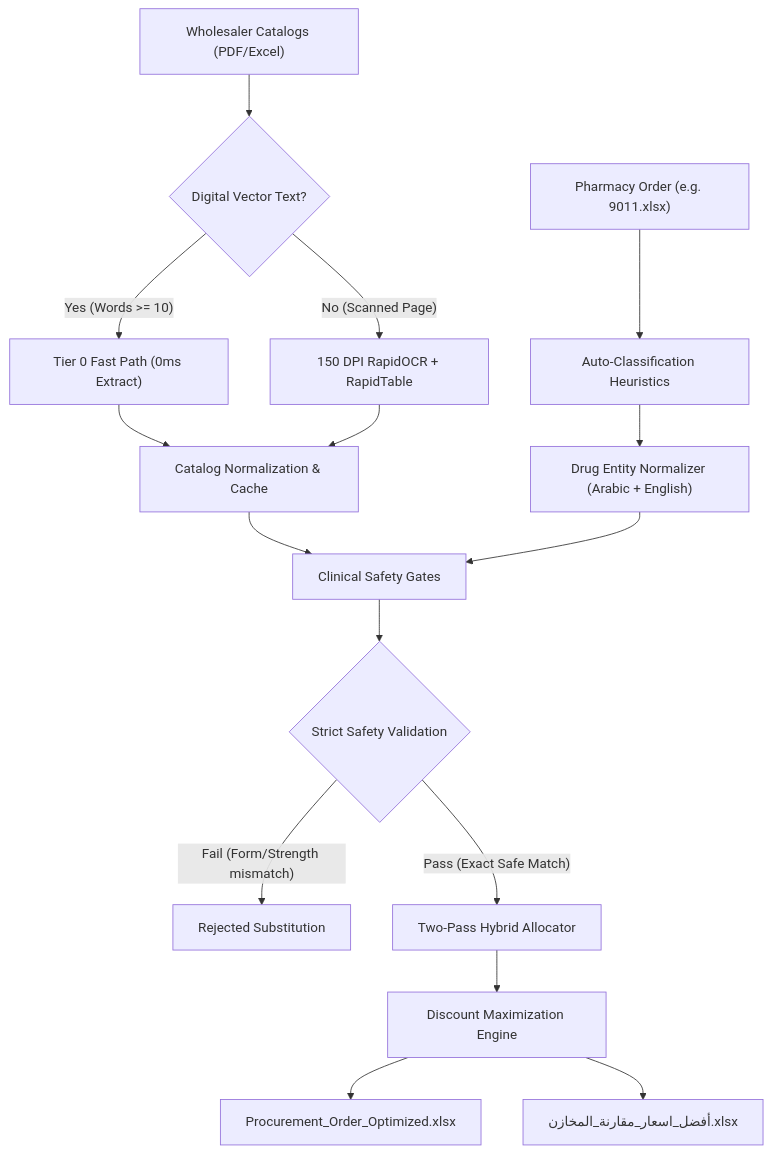
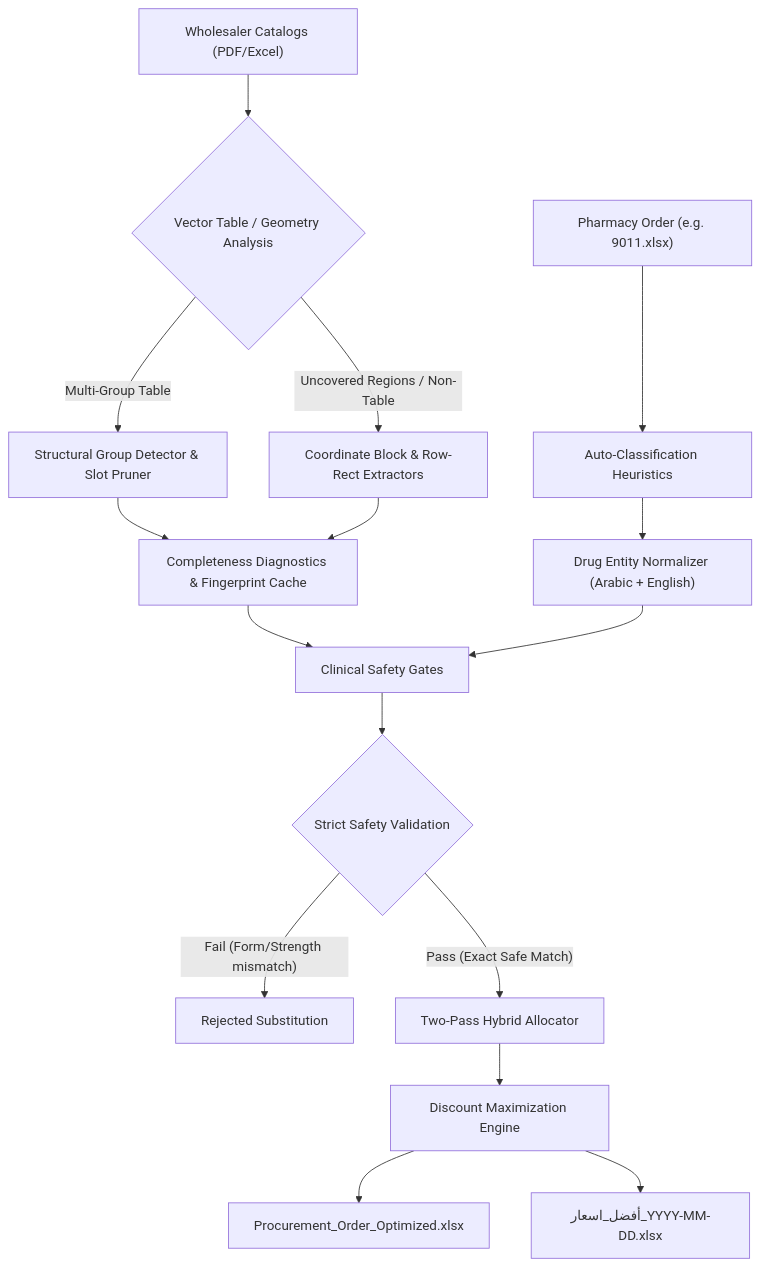
One commit to omarEldestawi/Inventory-search changed the diagram in README.md. Above: the diagram before and after it, drawn with Mermaid. The commit also changed other lines of this file and 34 other files, not shown here.

Commit message:
feat(v2.4): release Version 2.4 with multi-table extraction, headerless continuation, column swap protection, mixed-header plain numeric discount inference, consolidated partial acknowledgment dialog, and installer v2.4

````diff
--- a/README.md
+++ b/README.md
@@ -62,22 +82,22 @@
 ```mermaid
 flowchart TD
-    A["Wholesaler Catalogs (PDF/Excel)"] --> B{"Digital Vector Text?"}
-    B -- "Yes (Words >= 10)" --> C["Tier 0 Fast Path (0ms Extract)"]
-    B -- "No (Scanned Page)" --> D["150 DPI RapidOCR + RapidTable"]
-    C --> E["Catalog Normalization & Cache"]
+    A["Wholesaler Catalogs (PDF/Excel)"] --> B{"Vector Table / Geometry Analysis"}
+    B -- "Multi-Group Table" --> C["Structural Group Detector & Slot Pruner"]
+    B -- "Uncovered Regions / Non-Table" --> D["Coordinate Block & Row-Rect Extractors"]
+    C --> E["Completeness Diagnostics & Fingerprint Cache"]
     D --> E
     
     F["Pharmacy Order (e.g. 9011.xlsx)"] --> G["Auto-Classification Heuristics"]
     G --> H["Drug Entity Normalizer (Arabic + English)"]
     
     E --> I["Clinical Safety Gates"]
     H --> I
     
     I --> J{"Strict Safety Validation"}
     J -- "Fail (Form/Strength mismatch)" --> K["Rejected Substitution"]
     J -- "Pass (Exact Safe Match)" --> L["Two-Pass Hybrid Allocator"]
     
     L --> M["Discount Maximization Engine"]
     M --> N["Procurement_Order_Optimized.xlsx"]
-    M --> O["أفضل_اسعار_مقارنة_المخازن.xlsx"]
+    M --> O["أفضل_اسعار_YYYY-MM-DD.xlsx"]
 ```
````
